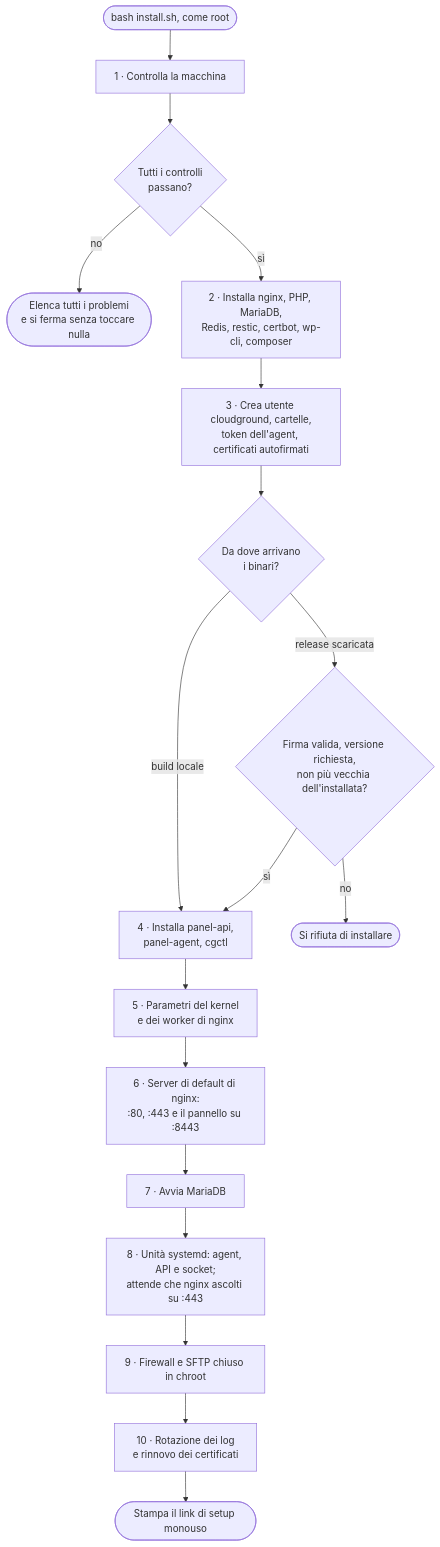
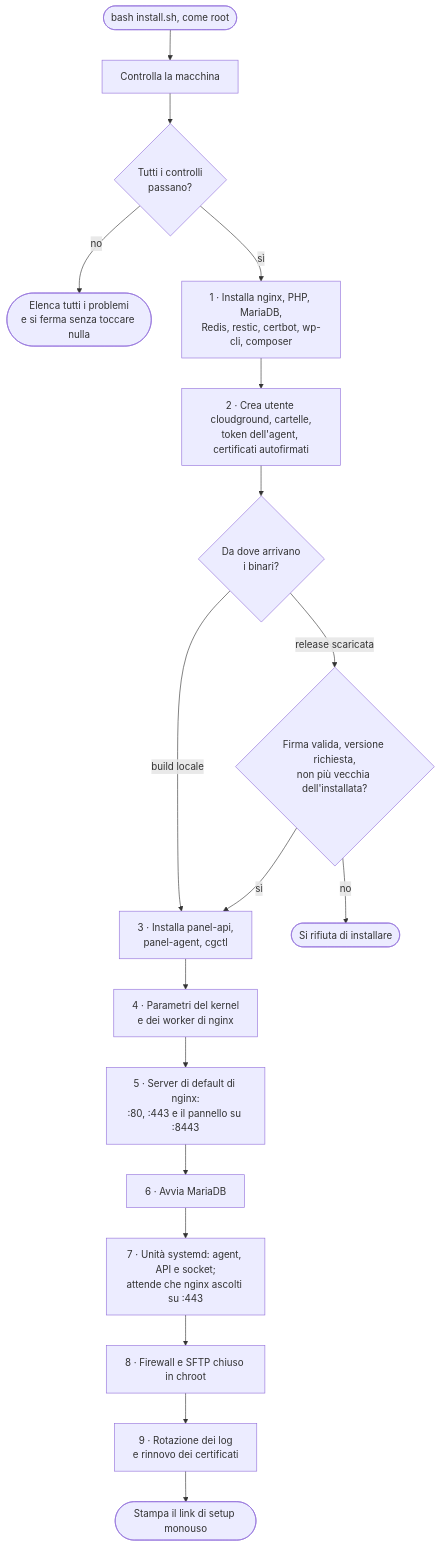
Before and after one commit to cloudground-it/cloudground-docs: the diagram in docs/explanation/installation.mdx, drawn with Mermaid. The commit also changed other lines of this file and 105 other files, not shown here.

````diff
--- a/docs/explanation/installation.mdx
+++ b/docs/explanation/installation.mdx
@@ -17,20 +17,20 @@
 ```mermaid
 flowchart TD
-  start(["bash install.sh, come root"]) --> check["1 · Controlla la macchina"]
+  start(["bash install.sh, come root"]) --> check["Controlla la macchina"]
   check --> ok{"Tutti i controlli<br/>passano?"}
   ok -- "no" --> stop(["Elenca tutti i problemi<br/>e si ferma senza toccare nulla"])
-  ok -- "sì" --> pkgs["2 · Installa nginx, PHP, MariaDB,<br/>Redis, restic, certbot, wp-cli, composer"]
-  pkgs --> users["3 · Crea utente cloudground, cartelle,<br/>token dell'agent, certificati autofirmati"]
+  ok -- "sì" --> pkgs["1 · Installa nginx, PHP, MariaDB,<br/>Redis, restic, certbot, wp-cli, composer"]
+  pkgs --> users["2 · Crea utente cloudground, cartelle,<br/>token dell'agent, certificati autofirmati"]
   users --> src{"Da dove arrivano<br/>i binari?"}
-  src -- "build locale" --> bins["4 · Installa panel-api,<br/>panel-agent, cgctl"]
+  src -- "build locale" --> bins["3 · Installa panel-api,<br/>panel-agent, cgctl"]
   src -- "release scaricata" --> verify{"Firma valida, versione richiesta,<br/>non più vecchia dell'installata?"}
   verify -- "no" --> refuse(["Si rifiuta di installare"])
   verify -- "sì" --> bins
-  bins --> kernel["5 · Parametri del kernel<br/>e dei worker di nginx"]
-  kernel --> nginx["6 · Server di default di nginx:<br/>:80, :443 e il pannello su :8443"]
-  nginx --> maria["7 · Avvia MariaDB"]
-  maria --> svc["8 · Unità systemd: agent, API e socket;<br/>attende che nginx ascolti su :443"]
-  svc --> fw["9 · Firewall e SFTP chiuso in chroot"]
-  fw --> rot["10 · Rotazione dei log<br/>e rinnovo dei certificati"]
+  bins --> kernel["4 · Parametri del kernel<br/>e dei worker di nginx"]
+  kernel --> nginx["5 · Server di default di nginx:<br/>:80, :443 e il pannello su :8443"]
+  nginx --> maria["6 · Avvia MariaDB"]
+  maria --> svc["7 · Unità systemd: agent, API e socket;<br/>attende che nginx ascolti su :443"]
+  svc --> fw["8 · Firewall e SFTP chiuso in chroot"]
+  fw --> rot["9 · Rotazione dei log<br/>e rinnovo dei certificati"]
   rot --> link(["Stampa il link di setup monouso"])
 ```
````
